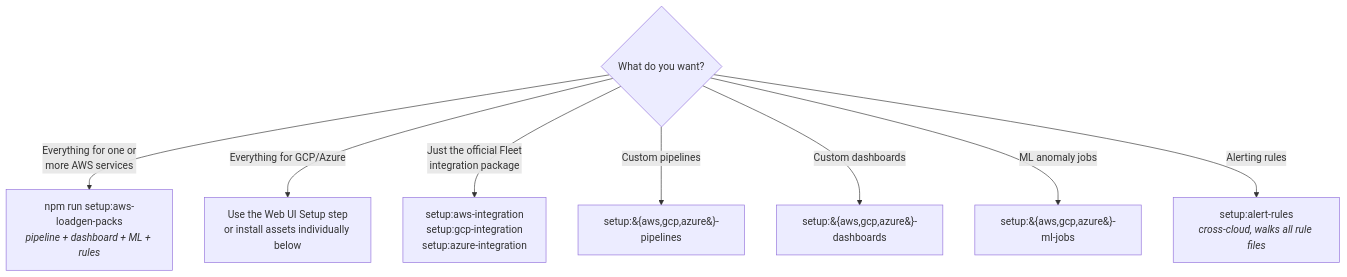
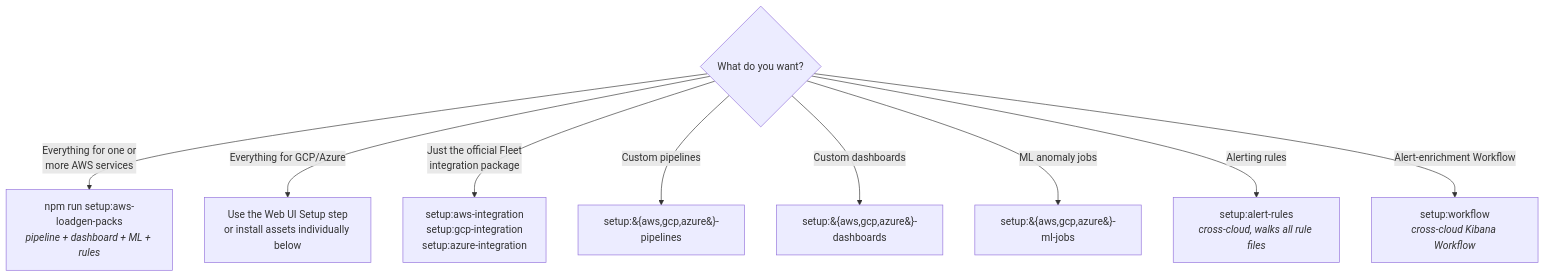
One commit to rkernutt/cloud-to-elastic-load-generator changed the diagram in installer/README.md. Above: the diagram before and after it, drawn with Mermaid. The commit also changed other lines of this file and 14 other files, not shown here.

First line of the commit message:
Setup wizard + CLI installer for the alert-enrichment workflow

````diff
--- a/installer/README.md
+++ b/installer/README.md
@@ -9,10 +9,11 @@
 ```mermaid
 flowchart TD
     Start{What do you want?} -->|Everything for one or<br/>more AWS services| Pack[npm run setup:aws-loadgen-packs<br/><i>pipeline + dashboard + ML + rules</i>]
     Start -->|Everything for GCP/Azure| UI[Use the Web UI Setup step<br/>or install assets individually below]
     Start -->|Just the official Fleet<br/>integration package| Fleet[setup:aws-integration<br/>setup:gcp-integration<br/>setup:azure-integration]
     Start -->|Custom pipelines| Pipes[setup:&#123;aws,gcp,azure&#125;-pipelines]
     Start -->|Custom dashboards| Dash[setup:&#123;aws,gcp,azure&#125;-dashboards]
     Start -->|ML anomaly jobs| ML[setup:&#123;aws,gcp,azure&#125;-ml-jobs]
     Start -->|Alerting rules| Rules[setup:alert-rules<br/><i>cross-cloud, walks all rule files</i>]
+    Start -->|Alert-enrichment Workflow| Wf[setup:workflow<br/><i>cross-cloud Kibana Workflow</i>]
 ```
````
